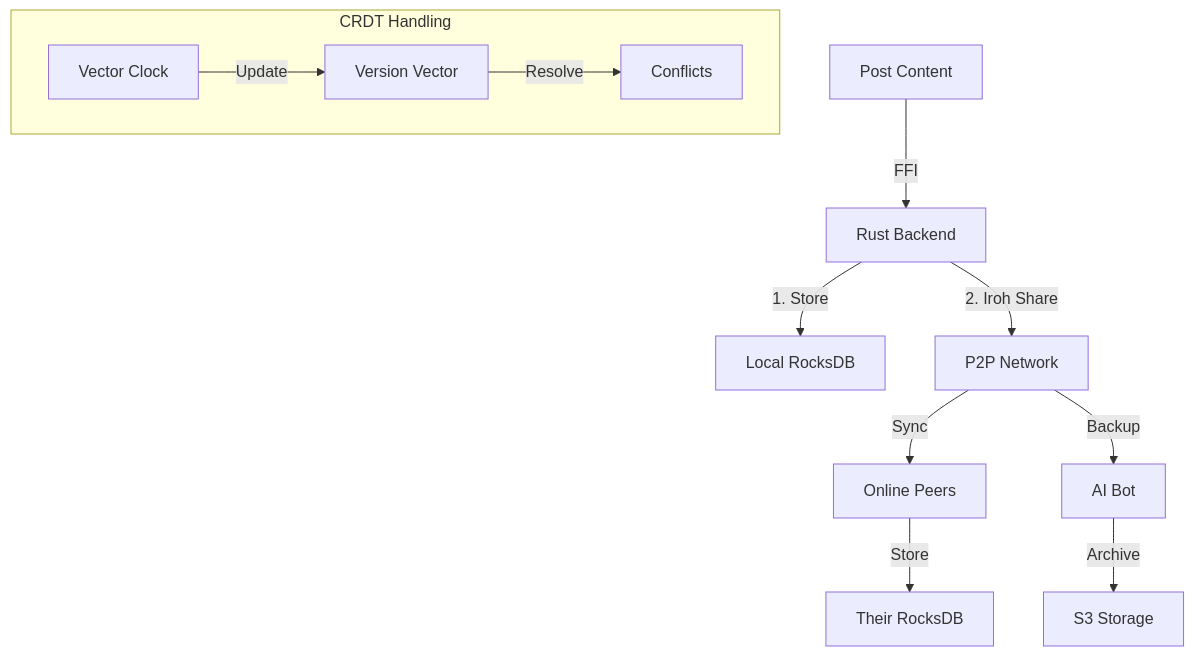
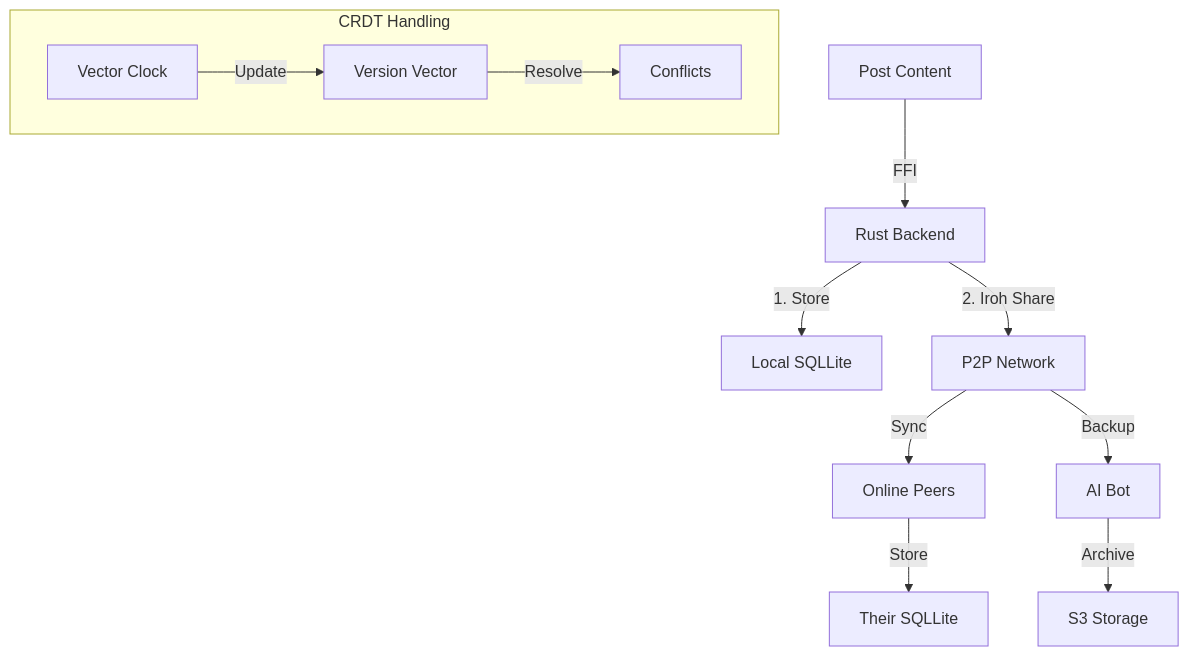
The third of 13 diagrams in README.md (goldilocksfashion/dripp-backend), drawn with Mermaid before and after one commit. The commit also changed other lines of this file, not shown here.

````diff
--- a/README.md
+++ b/README.md
@@ -46,18 +45,18 @@
 ```mermaid
 graph TD
     A[Post Content] -->|FFI| B[Rust Backend]
-    B -->|1. Store| C[Local RocksDB]
+    B -->|1. Store| C[Local SQLLite]
     B -->|2. Iroh Share| D[P2P Network]
     
     D -->|Sync| E[Online Peers]
-    E -->|Store| F[Their RocksDB]
+    E -->|Store| F[Their SQLLite]
     
     D -->|Backup| G[AI Bot]
     G -->|Archive| H[S3 Storage]
     
     subgraph "CRDT Handling"
         I[Vector Clock] -->|Update| J[Version Vector]
         J -->|Resolve| K[Conflicts]
     end
 
 ```
````
